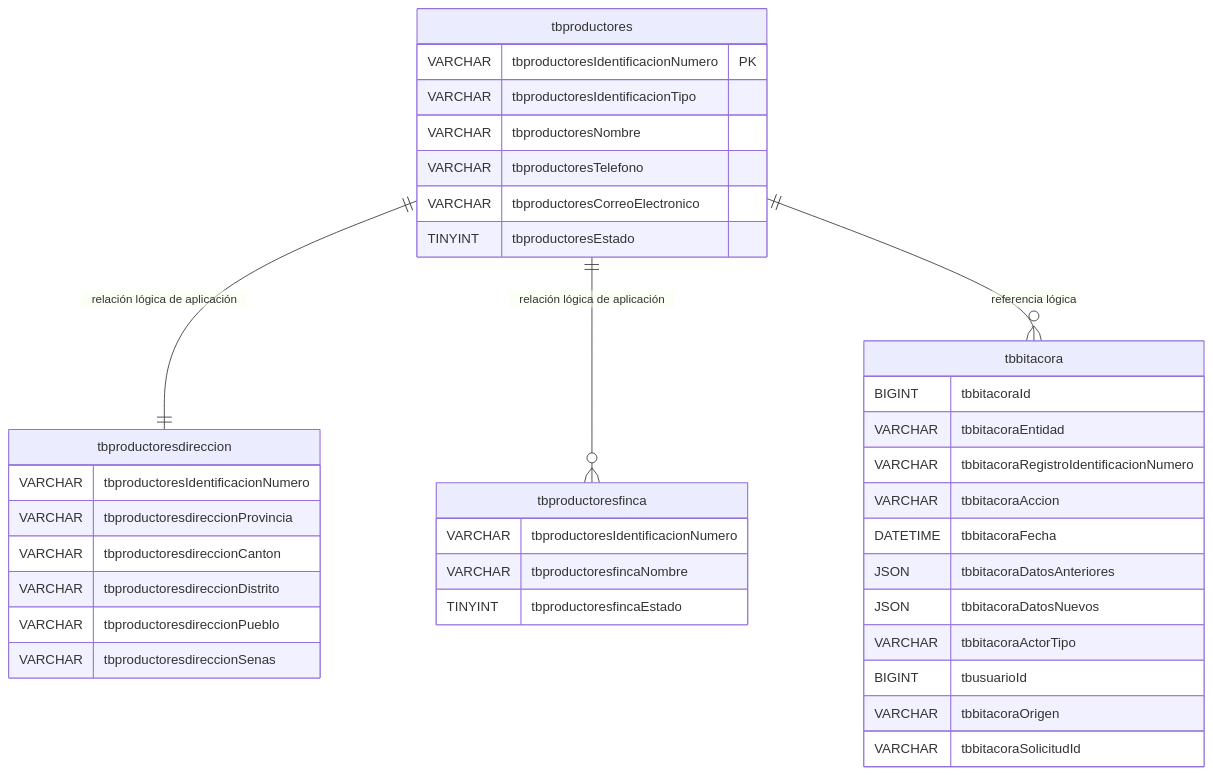
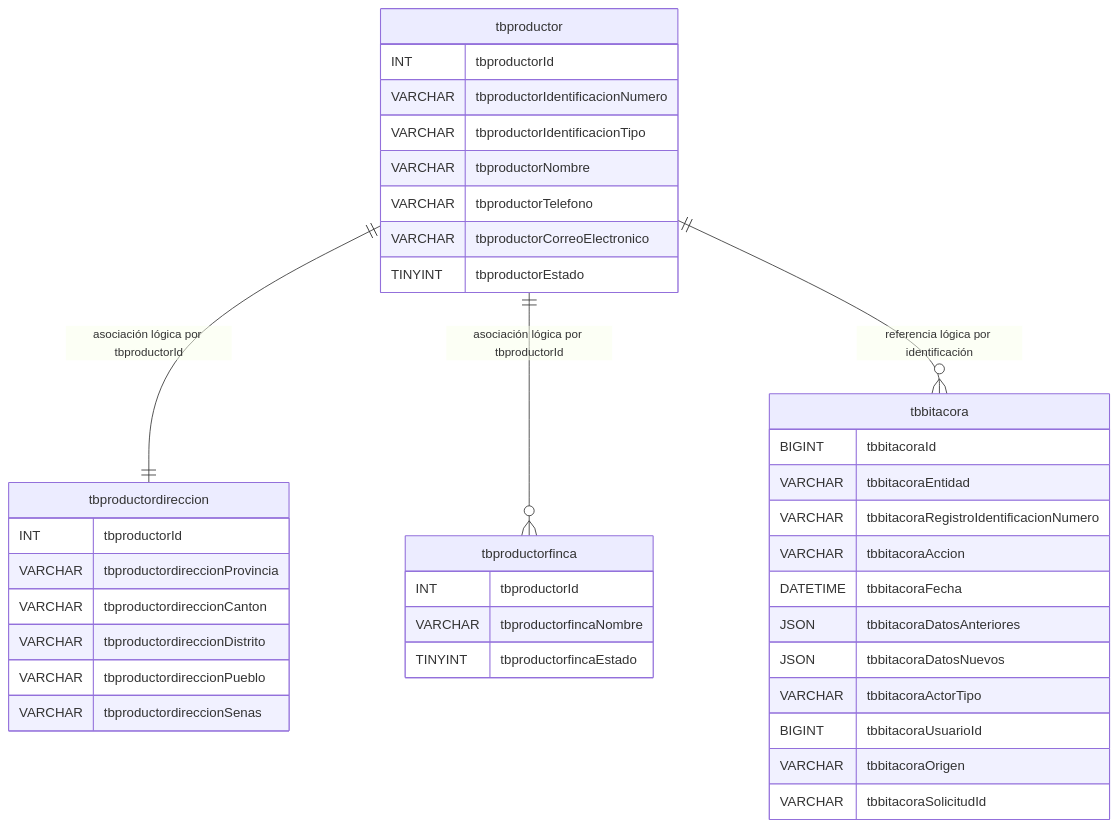
Before and after one commit to DilanRC/Proyecto-Paradigmas: the diagram in Documentation/DER.md, drawn with Mermaid. The commit also changed other lines of this file and 36 other files, not shown here.

````diff
--- a/Documentation/DER.md
+++ b/Documentation/DER.md
@@ -3,40 +3,41 @@
 ```mermaid
 erDiagram
-    tbproductores {
-        VARCHAR tbproductoresIdentificacionNumero PK
-        VARCHAR tbproductoresIdentificacionTipo
-        VARCHAR tbproductoresNombre
-        VARCHAR tbproductoresTelefono
-        VARCHAR tbproductoresCorreoElectronico
-        TINYINT tbproductoresEstado
+    tbproductor {
+        INT tbproductorId
+        VARCHAR tbproductorIdentificacionNumero
+        VARCHAR tbproductorIdentificacionTipo
+        VARCHAR tbproductorNombre
+        VARCHAR tbproductorTelefono
+        VARCHAR tbproductorCorreoElectronico
+        TINYINT tbproductorEstado
     }
-    tbproductoresdireccion {
-        VARCHAR tbproductoresIdentificacionNumero
-        VARCHAR tbproductoresdireccionProvincia
-        VARCHAR tbproductoresdireccionCanton
-        VARCHAR tbproductoresdireccionDistrito
-        VARCHAR tbproductoresdireccionPueblo
-        VARCHAR tbproductoresdireccionSenas
+    tbproductordireccion {
+        INT tbproductorId
+        VARCHAR tbproductordireccionProvincia
+        VARCHAR tbproductordireccionCanton
+        VARCHAR tbproductordireccionDistrito
+        VARCHAR tbproductordireccionPueblo
+        VARCHAR tbproductordireccionSenas
     }
-    tbproductoresfinca {
-        VARCHAR tbproductoresIdentificacionNumero
-        VARCHAR tbproductoresfincaNombre
-        TINYINT tbproductoresfincaEstado
+    tbproductorfinca {
+        INT tbproductorId
+        VARCHAR tbproductorfincaNombre
+        TINYINT tbproductorfincaEstado
     }
     tbbitacora {
         BIGINT tbbitacoraId
         VARCHAR tbbitacoraEntidad
         VARCHAR tbbitacoraRegistroIdentificacionNumero
         VARCHAR tbbitacoraAccion
         DATETIME tbbitacoraFecha
         JSON tbbitacoraDatosAnteriores
         JSON tbbitacoraDatosNuevos
         VARCHAR tbbitacoraActorTipo
-        BIGINT tbusuarioId
+        BIGINT tbbitacoraUsuarioId
         VARCHAR tbbitacoraOrigen
         VARCHAR tbbitacoraSolicitudId
     }
-    tbproductores ||--|| tbproductoresdireccion : "relación lógica de aplicación"
-    tbproductores ||--o{ tbproductoresfinca : "relación lógica de aplicación"
-    tbproductores ||--o{ tbbitacora : "referencia lógica"
+    tbproductor ||--|| tbproductordireccion : "asociación lógica por tbproductorId"
+    tbproductor ||--o{ tbproductorfinca : "asociación lógica por tbproductorId"
+    tbproductor ||--o{ tbbitacora : "referencia lógica por identificación"
 ```
````
